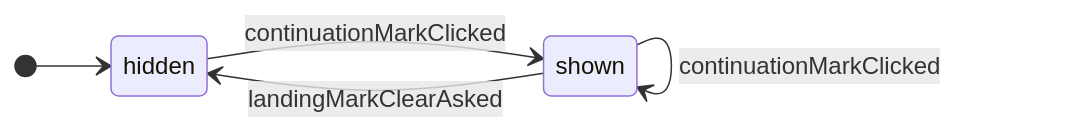
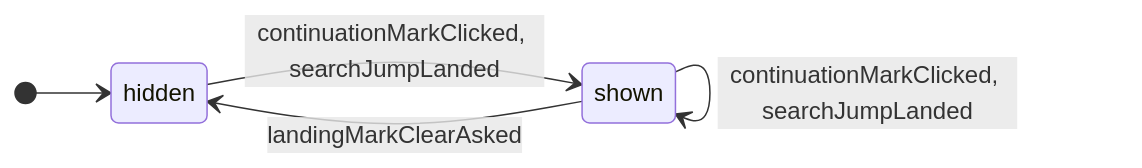
Diagram 14 of 28 in docs/spec/_assets/tbl-state-machines.md (GoodRelax/gr-scheduler), drawn with Mermaid before and after one commit. The commit also changed other lines of this file and 40 other files, not shown here.

````diff
--- a/docs/spec/_assets/tbl-state-machines.md
+++ b/docs/spec/_assets/tbl-state-machines.md
@@ -540,10 +541,10 @@
 ```mermaid
 stateDiagram-v2
     direction LR
     [*] --> landingMarkDisplayStateMachine_hidden
     landingMarkDisplayStateMachine_hidden : hidden
     landingMarkDisplayStateMachine_shown : shown
-    landingMarkDisplayStateMachine_hidden --> landingMarkDisplayStateMachine_shown : continuationMarkClicked
-    landingMarkDisplayStateMachine_shown --> landingMarkDisplayStateMachine_shown : continuationMarkClicked
+    landingMarkDisplayStateMachine_hidden --> landingMarkDisplayStateMachine_shown : continuationMarkClicked, searchJumpLanded
+    landingMarkDisplayStateMachine_shown --> landingMarkDisplayStateMachine_shown : continuationMarkClicked, searchJumpLanded
     landingMarkDisplayStateMachine_shown --> landingMarkDisplayStateMachine_hidden : landingMarkClearAsked
 ```
````
